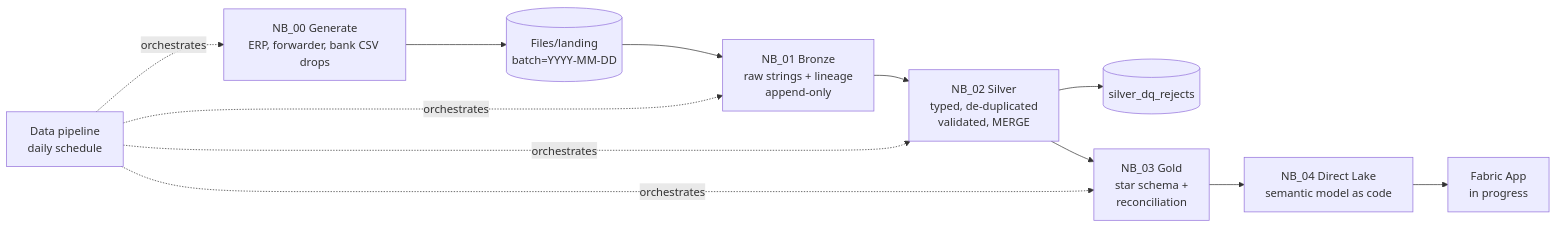
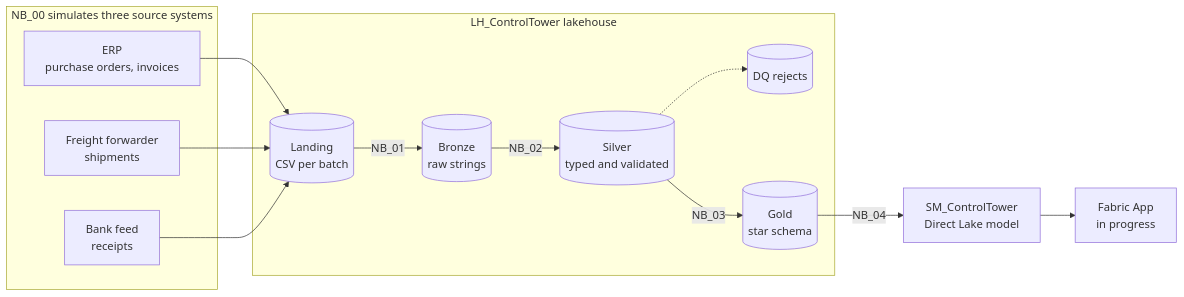
The first of 4 diagrams in README.md (shubhammore15/ImportControlTowerProject), drawn with Mermaid before and after one commit. The commit also changed other lines of this file, not shown here.

First line of the commit message:
Add flow diagrams to README

````diff
--- a/README.md
+++ b/README.md
@@ -31,11 +31,26 @@
 ```mermaid
 flowchart LR
-    G[NB_00 Generate<br/>ERP, forwarder, bank CSV drops] --> L[(Files/landing<br/>batch=YYYY-MM-DD)]
-    L --> B[NB_01 Bronze<br/>raw strings + lineage<br/>append-only]
-    B --> S[NB_02 Silver<br/>typed, de-duplicated<br/>validated, MERGE]
-    S --> Q[(silver_dq_rejects)]
-    S --> GM[NB_03 Gold<br/>star schema +<br/>reconciliation]
-    GM --> SM[NB_04 Direct Lake<br/>semantic model as code]
-    SM --> R[Fabric App<br/>in progress]
-    P[Data pipeline<br/>daily schedule] -.orchestrates.-> G & B & S & GM
+    subgraph SRC["NB_00 simulates three source systems"]
+        ERP["ERP<br/>purchase orders, invoices"]
+        FWD["Freight forwarder<br/>shipments"]
+        BANK["Bank feed<br/>receipts"]
+    end
+    subgraph LH["LH_ControlTower lakehouse"]
+        LAND[("Landing<br/>CSV per batch")]
+        BRZ[("Bronze<br/>raw strings")]
+        SLV[("Silver<br/>typed and validated")]
+        REJ[("DQ rejects")]
+        GLD[("Gold<br/>star schema")]
+    end
+    SM["SM_ControlTower<br/>Direct Lake model"]
+    APP["Fabric App<br/>in progress"]
+    ERP --> LAND
+    FWD --> LAND
+    BANK --> LAND
+    LAND -->|NB_01| BRZ
+    BRZ -->|NB_02| SLV
+    SLV -.-> REJ
+    SLV -->|NB_03| GLD
+    GLD -->|NB_04| SM
+    SM --> APP
 ```
````
